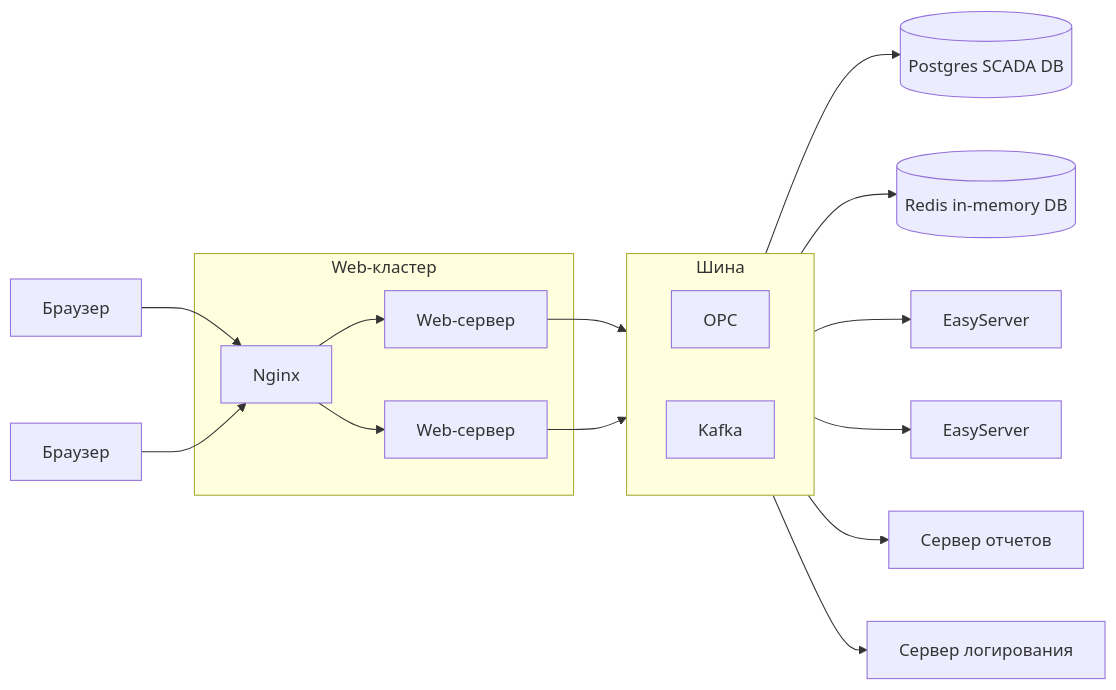
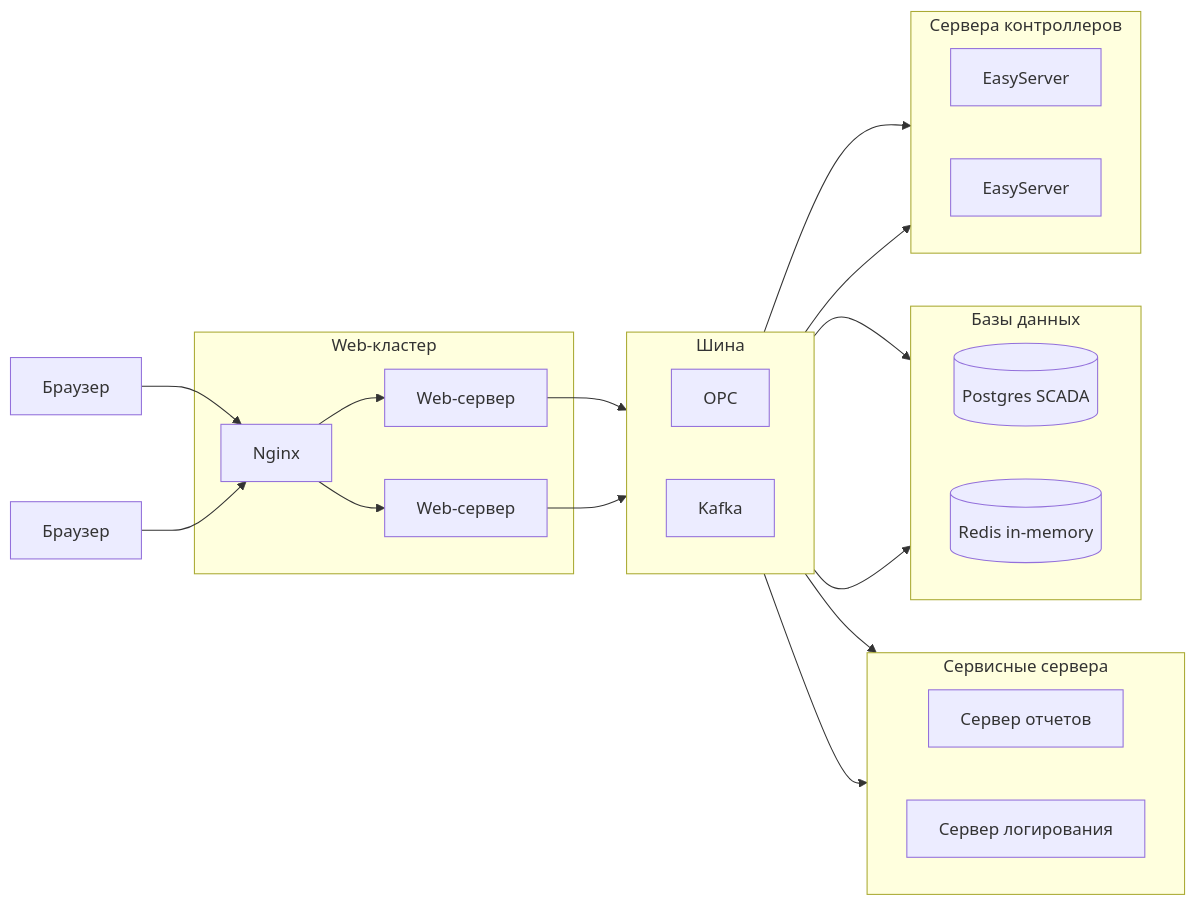
The diagram in README.md (savushkin-r-d/SHnAPCS), drawn with Mermaid before and after one commit.

````diff
--- a/README.md
+++ b/README.md
@@ -12,25 +12,43 @@
 ```mermaid
 flowchart LR
   B1[Браузер] --> N[Nginx]
   B2[Браузер] --> N
   subgraph Web-кластер
   N --> A1[Web-сервер]
   N --> A2[Web-сервер]
   end
   A1 --> Шина
   A2 --> Шина
-  Шина --> P[(Postgres SCADA DB)]
-  Шина --> R[(Redis in-memory DB)]
-  Шина --> E1[EasyServer]
-  Шина --> E2[EasyServer]
-  Шина --> O[Сервер отчетов]
-  Шина --> L[Сервер логирования]
 
-subgraph Шина
-  direction LR
-  S[OPC]
-  K[Kafka]
-end
+  subgraph Шина
+    direction LR
+    S[OPC]
+    K[Kafka]
+  end
 
+  Шина --> P
+  Шина --> R
+  Шина --> E1
+  Шина --> E2
+  Шина --> O
+  Шина --> L
+
+  subgraph Сервисные сервера
+    direction LR
+    O[Сервер отчетов]
+    L[Сервер логирования]
+  end
+
+  subgraph Базы данных
+    direction LR
+    P[(Postgres SCADA)]
+    R[(Redis in-memory)]
+  end
+
+  subgraph Сервера контроллеров
+    direction LR
+    E1[EasyServer]
+    E2[EasyServer]
+  end
 
 ```
````
